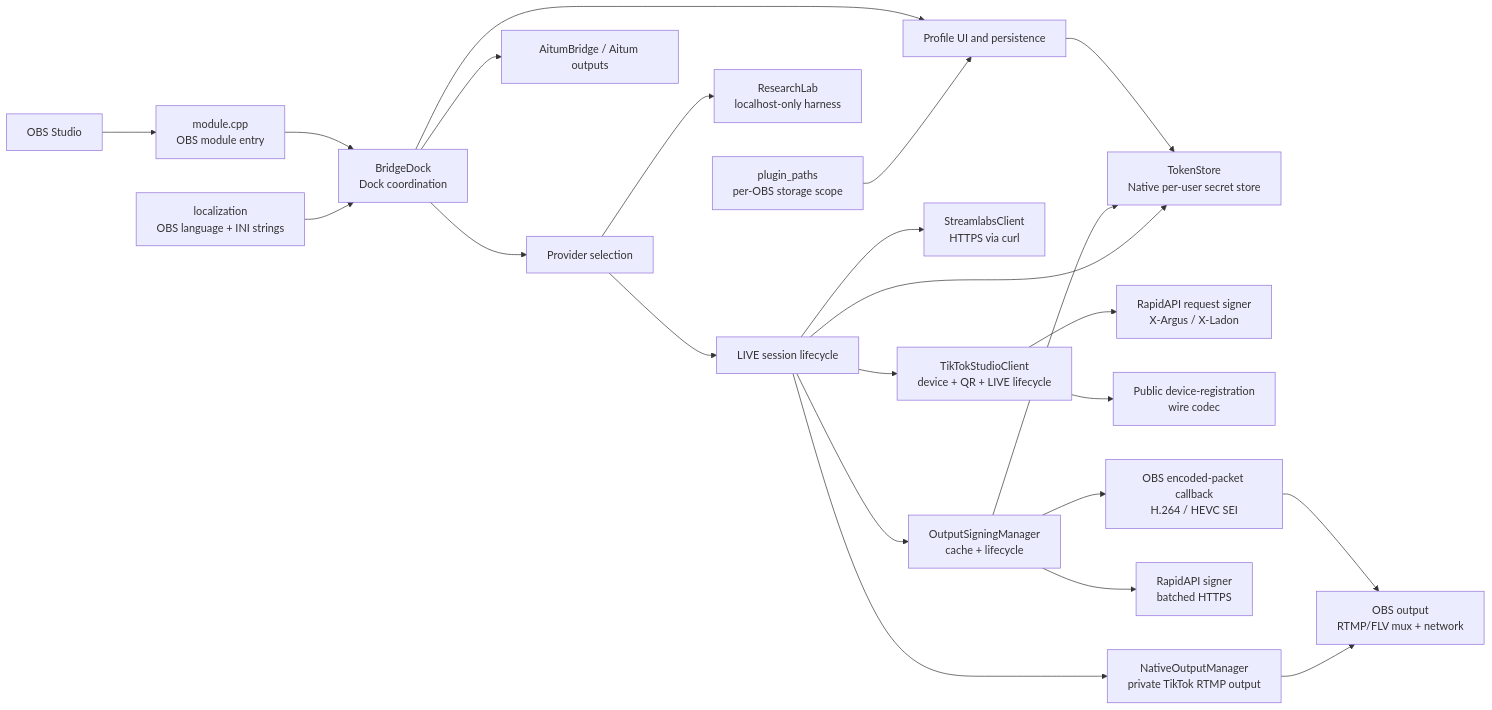
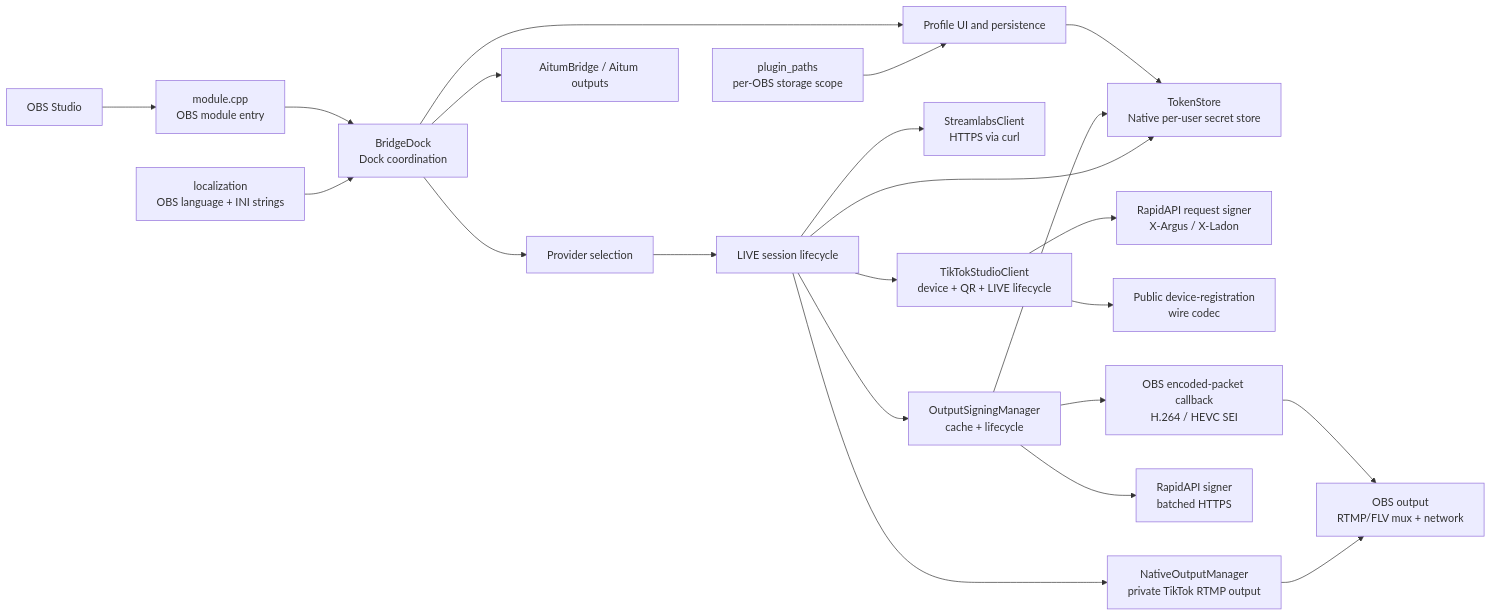
The diagram in docs/ARCHITECTURE.md (Smile-4-Me/tiktok-live-obs), drawn with Mermaid before and after one commit. The commit also changed other lines of this file and 40 other files, not shown here.

Commit message:
Release 0.1.1 without Research Lab

````diff
--- a/docs/ARCHITECTURE.md
+++ b/docs/ARCHITECTURE.md
@@ -5,25 +5,24 @@
 ```mermaid
 flowchart LR
   OBS["OBS Studio"] --> Entry["module.cpp\nOBS module entry"]
   Entry --> Dock["BridgeDock\nDock coordination"]
   Dock --> Profiles["Profile UI and persistence"]
   Dock --> Providers["Provider selection"]
   Providers --> Sessions["LIVE session lifecycle"]
-  Providers --> Research["ResearchLab\nlocalhost-only harness"]
   Dock --> Aitum["AitumBridge / Aitum outputs"]
   Profiles --> Secrets["TokenStore\nNative per-user secret store"]
   Sessions --> Streamlabs["StreamlabsClient\nHTTPS via curl"]
   Sessions --> Studio["TikTokStudioClient\ndevice + QR + LIVE lifecycle"]
   Studio --> RequestSigner["RapidAPI request signer\nX-Argus / X-Ladon"]
   Studio --> Device["Public device-registration\nwire codec"]
   Sessions --> NativeOutput["NativeOutputManager\nprivate TikTok RTMP output"]
   Sessions --> Signing["OutputSigningManager\ncache + lifecycle"]
   Signing --> Signer["RapidAPI signer\nbatched HTTPS"]
   Signing --> Packets["OBS encoded-packet callback\nH.264 / HEVC SEI"]
   Packets --> Output["OBS output\nRTMP/FLV mux + network"]
   NativeOutput --> Output
   Signing --> Secrets
   Sessions --> Secrets
   Paths["plugin_paths\nper-OBS storage scope"] --> Profiles
   Localization["localization\nOBS language + INI strings"] --> Dock
 ```
````
